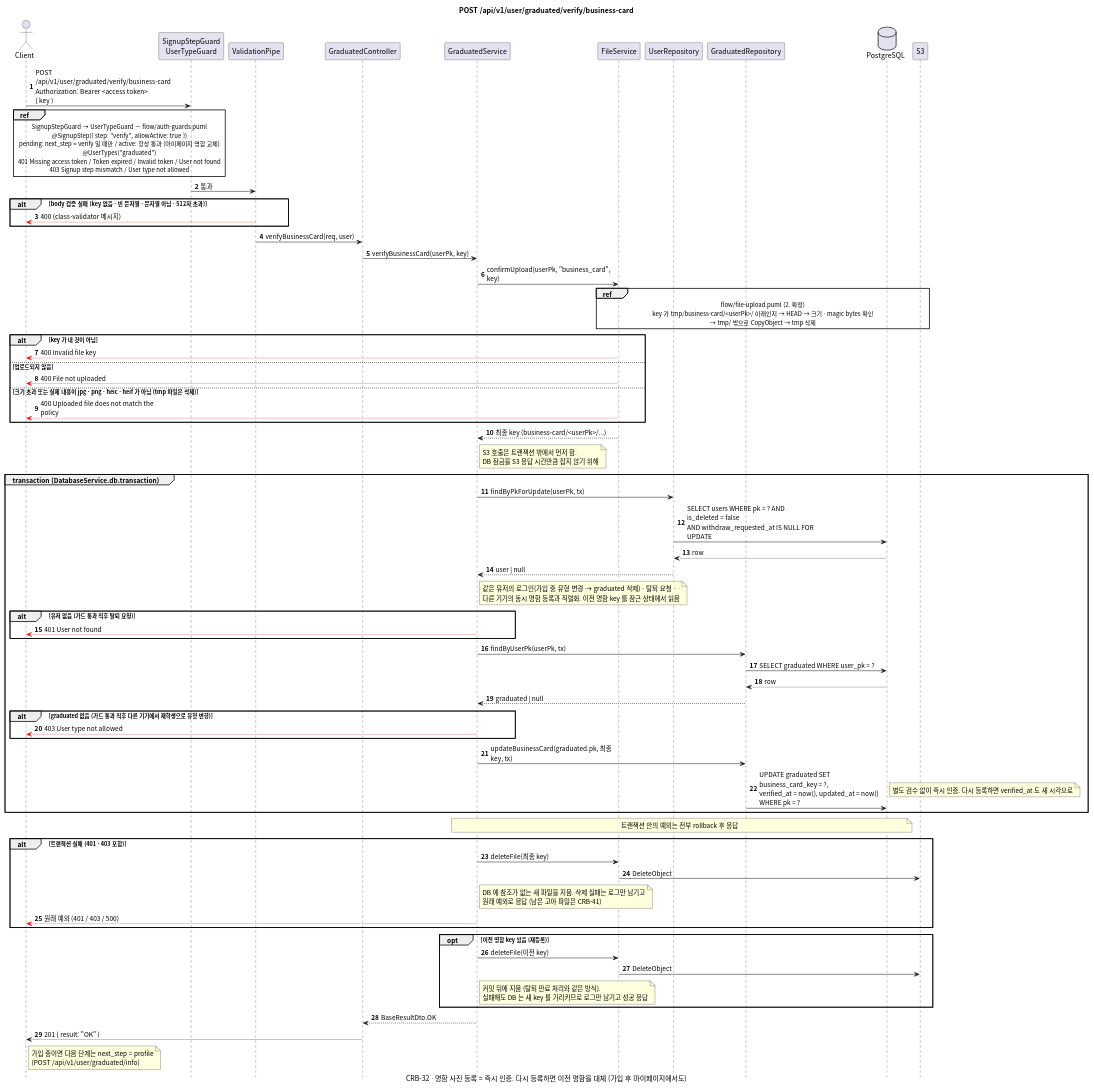
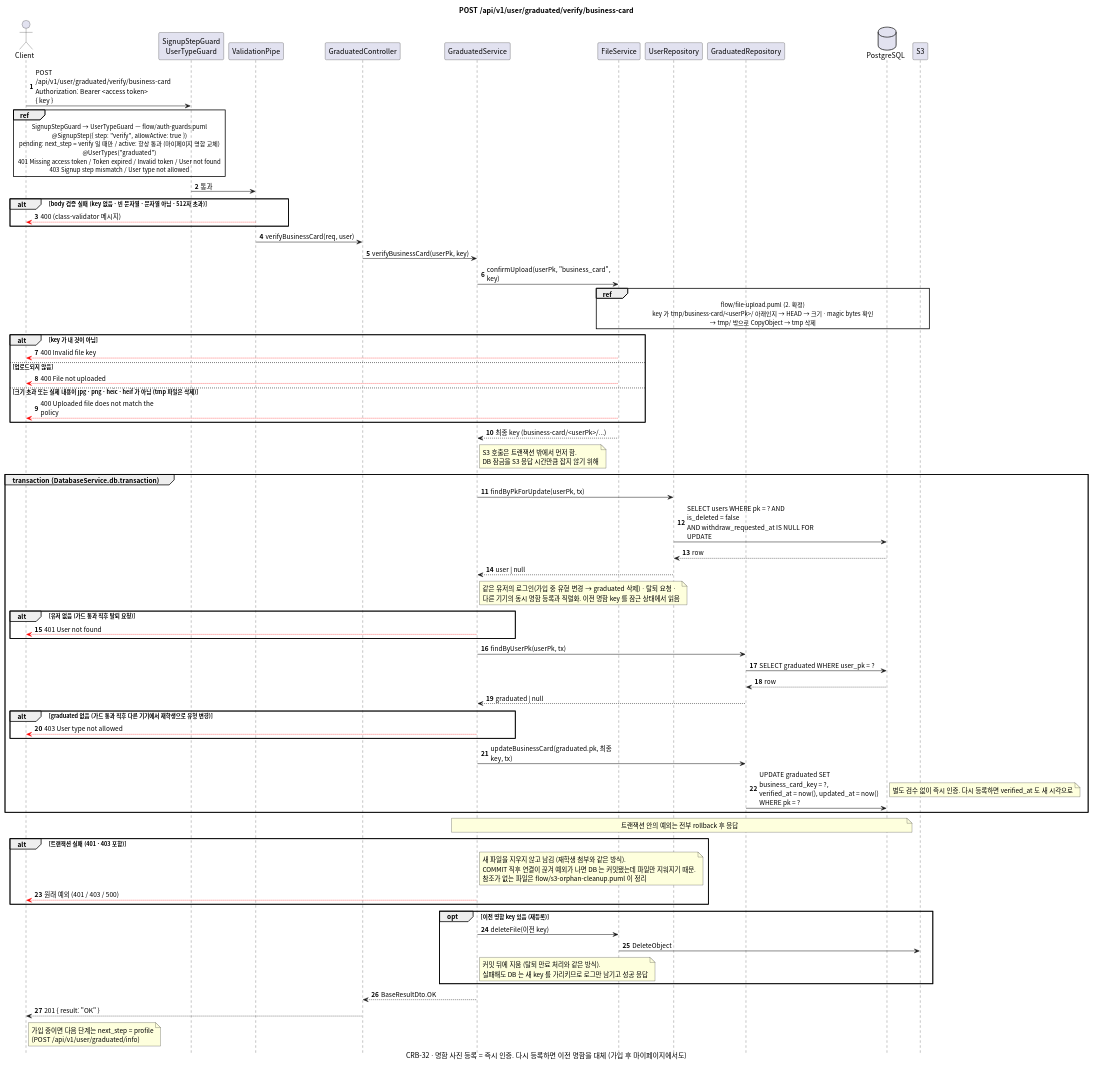
The diagram in docs/sequence/graduated/post-verify-business-card.puml (gsainfoteam/cheers-be), drawn with PlantUML before and after one commit. The commit also changed 3 other files, not shown here.

```diff
--- a/docs/sequence/graduated/post-verify-business-card.puml
+++ b/docs/sequence/graduated/post-verify-business-card.puml
@@ -1,115 +1,114 @@
 @startuml post-verify-business-card
 skinparam defaultFontName "Apple SD Gothic Neo", "Noto Sans CJK KR", sans-serif
 skinparam responseMessageBelowArrow true
 skinparam sequenceMessageAlign left
 skinparam maxMessageSize 260
 skinparam BoxPadding 8
 skinparam shadowing false
 autonumber
 hide footbox
 
 title POST /api/v1/user/graduated/verify/business-card
 caption CRB-32 · 명함 사진 등록 = 즉시 인증. 다시 등록하면 이전 명함을 대체 (가입 후 마이페이지에서도)
 
 actor Client
 participant "SignupStepGuard\nUserTypeGuard" as Guard
 participant "ValidationPipe" as Pipe
 participant "GraduatedController" as Controller
 participant "GraduatedService" as Service
 participant "FileService" as FileService
 participant "UserRepository" as UserRepository
 participant "GraduatedRepository" as GraduatedRepository
 database PostgreSQL
 participant "S3"
 
 Client -> Guard: POST /api/v1/user/graduated/verify/business-card\nAuthorization: Bearer <access token>\n{ key }
 ref over Client, Guard
   SignupStepGuard → UserTypeGuard — flow/auth-guards.puml
   @SignupStep({ step: "verify", allowActive: true })
   pending: next_step = verify 일 때만 / active: 항상 통과 (마이페이지 명함 교체)
   @UserTypes("graduated")
   401 Missing access token / Token expired / Invalid token / User not found
   403 Signup step mismatch / User type not allowed
 end ref
 Guard -> Pipe: 통과
 alt body 검증 실패 (key 없음 · 빈 문자열 · 문자열 아님 · 512자 초과)
   Pipe -[#red]-> Client: 400 (class-validator 메시지)
 end
 Pipe -> Controller: verifyBusinessCard(req, user)
 Controller -> Service: verifyBusinessCard(userPk, key)
 
 Service -> FileService: confirmUpload(userPk, "business_card", key)
 ref over FileService, S3
   flow/file-upload.puml (2. 확정)
   key 가 tmp/business-card/<userPk>/ 아래인지 → HEAD → 크기 · magic bytes 확인
   → tmp/ 밖으로 CopyObject → tmp 삭제
 end ref
 alt key 가 내 것이 아님
   FileService -[#red]-> Client: 400 Invalid file key
 else 업로드되지 않음
   FileService -[#red]-> Client: 400 File not uploaded
 else 크기 초과 또는 실제 내용이 jpg · png · heic · heif 가 아님 (tmp 파일은 삭제)
   FileService -[#red]-> Client: 400 Uploaded file does not match the policy
 end
 FileService --> Service: 최종 key (business-card/<userPk>/...)
 note right of Service
   S3 호출은 트랜잭션 밖에서 먼저 함.
   DB 잠금을 S3 응답 시간만큼 잡지 않기 위해
 end note
 
 group transaction (DatabaseService.db.transaction)
   Service -> UserRepository: findByPkForUpdate(userPk, tx)
   UserRepository -> PostgreSQL: SELECT users WHERE pk = ? AND is_deleted = false\nAND withdraw_requested_at IS NULL FOR UPDATE
   PostgreSQL --> UserRepository: row
   UserRepository --> Service: user | null
   note right of Service
     같은 유저의 로그인(가입 중 유형 변경 → graduated 삭제) · 탈퇴 요청 ·
     다른 기기의 동시 명함 등록과 직렬화. 이전 명함 key 를 잠근 상태에서 읽음
   end note
   alt 유저 없음 (가드 통과 직후 탈퇴 요청)
     Service -[#red]-> Client: 401 User not found
   end
 
   Service -> GraduatedRepository: findByUserPk(userPk, tx)
   GraduatedRepository -> PostgreSQL: SELECT graduated WHERE user_pk = ?
   PostgreSQL --> GraduatedRepository: row
   GraduatedRepository --> Service: graduated | null
   alt graduated 없음 (가드 통과 직후 다른 기기에서 재학생으로 유형 변경)
     Service -[#red]-> Client: 403 User type not allowed
   end
 
   Service -> GraduatedRepository: updateBusinessCard(graduated.pk, 최종 key, tx)
   GraduatedRepository -> PostgreSQL: UPDATE graduated SET business_card_key = ?,\nverified_at = now(), updated_at = now() WHERE pk = ?
   note right
     별도 검수 없이 즉시 인증. 다시 등록하면 verified_at 도 새 시각으로
   end note
 end
 note over Service, PostgreSQL: 트랜잭션 안의 예외는 전부 rollback 후 응답
 
 alt 트랜잭션 실패 (401 · 403 포함)
-  Service -> FileService: deleteFile(최종 key)
-  FileService -> S3: DeleteObject
   note right of Service
-    DB 에 참조가 없는 새 파일을 지움. 삭제 실패는 로그만 남기고
-    원래 예외로 응답 (남은 고아 파일은 CRB-41)
+    새 파일을 지우지 않고 남김 (재학생 첨부와 같은 방식).
+    COMMIT 직후 연결이 끊겨 예외가 나면 DB 는 커밋됐는데 파일만 지워지기 때문.
+    참조가 없는 파일은 flow/s3-orphan-cleanup.puml 이 정리
   end note
   Service -[#red]-> Client: 원래 예외 (401 / 403 / 500)
 end
 
 opt 이전 명함 key 있음 (재등록)
   Service -> FileService: deleteFile(이전 key)
   FileService -> S3: DeleteObject
   note right of Service
     커밋 뒤에 지움 (탈퇴 만료 처리와 같은 방식).
     실패해도 DB 는 새 key 를 가리키므로 로그만 남기고 성공 응답
   end note
 end
 
 Service --> Controller: BaseResultDto.OK
 Controller --> Client: 201 { result: "OK" }
 note right of Client
   가입 중이면 다음 단계는 next_step = profile
   (POST /api/v1/user/graduated/info)
 end note
 
 @enduml
```
